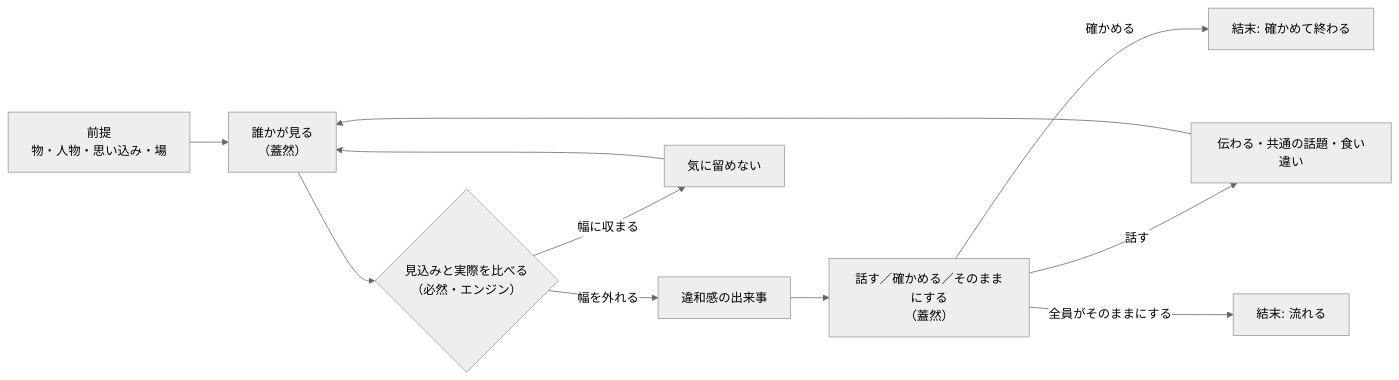
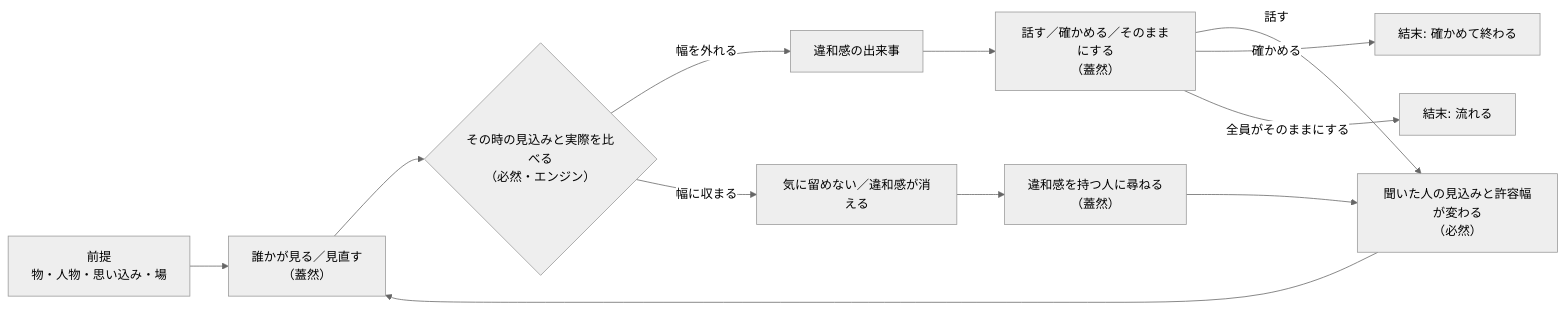
One commit to YuShimoji/NarrativeGen changed the diagram in docs/specs/premise-driven-story.md. Above: the diagram before and after it, drawn with Mermaid (neutral theme). The commit also changed other lines of this file and 16 other files, not shown here.

````diff
--- a/docs/specs/premise-driven-story.md
+++ b/docs/specs/premise-driven-story.md
@@ -23,13 +23,14 @@
 ```mermaid
 flowchart LR
-  P["前提<br/>物・人物・思い込み・場"] --> L["誰かが見る<br/>（蓋然）"]
-  L --> N{"見込みと実際を比べる<br/>（必然・エンジン）"}
+  P["前提<br/>物・人物・思い込み・場"] --> L["誰かが見る／見直す<br/>（蓋然）"]
+  L --> N{"その時の見込みと実際を比べる<br/>（必然・エンジン）"}
   N -->|"幅を外れる"| G["違和感の出来事"]
-  N -->|"幅に収まる"| M["気に留めない"]
+  N -->|"幅に収まる"| M["気に留めない／違和感が消える"]
   G --> A["話す／確かめる／そのままにする<br/>（蓋然）"]
-  M --> L
-  A -->|"話す"| R["伝わる・共通の話題・食い違い"]
-  R --> L
+  M --> Q["違和感を持つ人に尋ねる<br/>（蓋然）"]
+  A -->|"話す"| H["聞いた人の見込みと許容幅が変わる<br/>（必然）"]
+  Q --> H
+  H --> L
   A -->|"確かめる"| E1["結末: 確かめて終わる"]
   A -->|"全員がそのままにする"| E2["結末: 流れる"]
 ```
````
